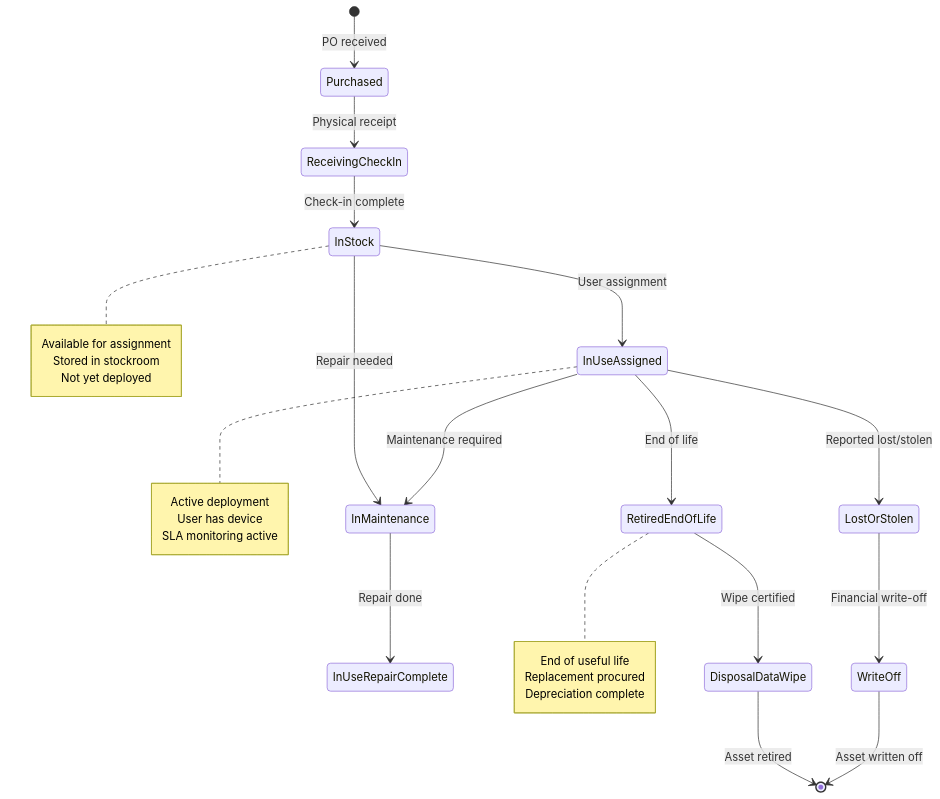
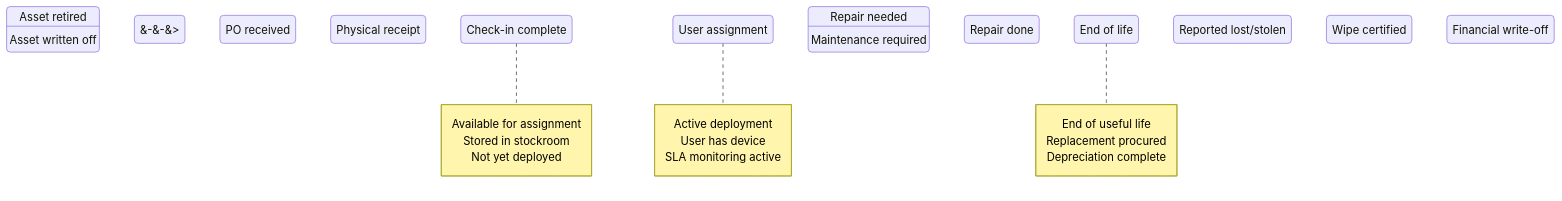
One commit to eltonaguiar/ServiceNow_Learning_TSOM-_CSM_FSM_SalesCRM_HAM_ITSM changed the seventh of 7 diagrams in docs/modules/ham/ham-guide.md. Above: the diagram before and after it, drawn with Mermaid. The commit also changed other lines of this file and 17 other files, not shown here.

First line of the commit message:
Fix mermaid arrows: replace --> with &#45;&#45;&#62; in all mermaid blocks

````diff
--- a/docs/modules/ham/ham-guide.md
+++ b/docs/modules/ham/ham-guide.md
@@ -609,40 +609,40 @@
 ```mermaid
 stateDiagram-v2
-    [*] --> Purchased: PO received
+    [*] &#45;&#45;&#62; Purchased: PO received
     
-    Purchased --> ReceivingCheckIn: Physical receipt
-    ReceivingCheckIn --> InStock: Check-in complete
+    Purchased &#45;&#45;&#62; ReceivingCheckIn: Physical receipt
+    ReceivingCheckIn &#45;&#45;&#62; InStock: Check-in complete
     
-    InStock --> InUseAssigned: User assignment
-    InStock --> InMaintenance: Repair needed
+    InStock &#45;&#45;&#62; InUseAssigned: User assignment
+    InStock &#45;&#45;&#62; InMaintenance: Repair needed
     
-    InUseAssigned --> InMaintenance: Maintenance required
-    InMaintenance --> InUseRepairComplete: Repair done
+    InUseAssigned &#45;&#45;&#62; InMaintenance: Maintenance required
+    InMaintenance &#45;&#45;&#62; InUseRepairComplete: Repair done
     
-    InUseAssigned --> RetiredEndOfLife: End of life
-    InUseAssigned --> LostOrStolen: Reported lost/stolen
+    InUseAssigned &#45;&#45;&#62; RetiredEndOfLife: End of life
+    InUseAssigned &#45;&#45;&#62; LostOrStolen: Reported lost/stolen
     
-    RetiredEndOfLife --> DisposalDataWipe: Wipe certified
-    LostOrStolen --> WriteOff: Financial write-off
+    RetiredEndOfLife &#45;&#45;&#62; DisposalDataWipe: Wipe certified
+    LostOrStolen &#45;&#45;&#62; WriteOff: Financial write-off
     
-    DisposalDataWipe --> [*]: Asset retired
-    WriteOff --> [*]: Asset written off
+    DisposalDataWipe &#45;&#45;&#62; [*]: Asset retired
+    WriteOff &#45;&#45;&#62; [*]: Asset written off
     
     note right of InStock
         Available for assignment
         Stored in stockroom
         Not yet deployed
     end note
     
     note right of InUseAssigned
         Active deployment
         User has device
         SLA monitoring active
     end note
     
     note right of RetiredEndOfLife
         End of useful life
         Replacement procured
         Depreciation complete
     end note
 ```
````
